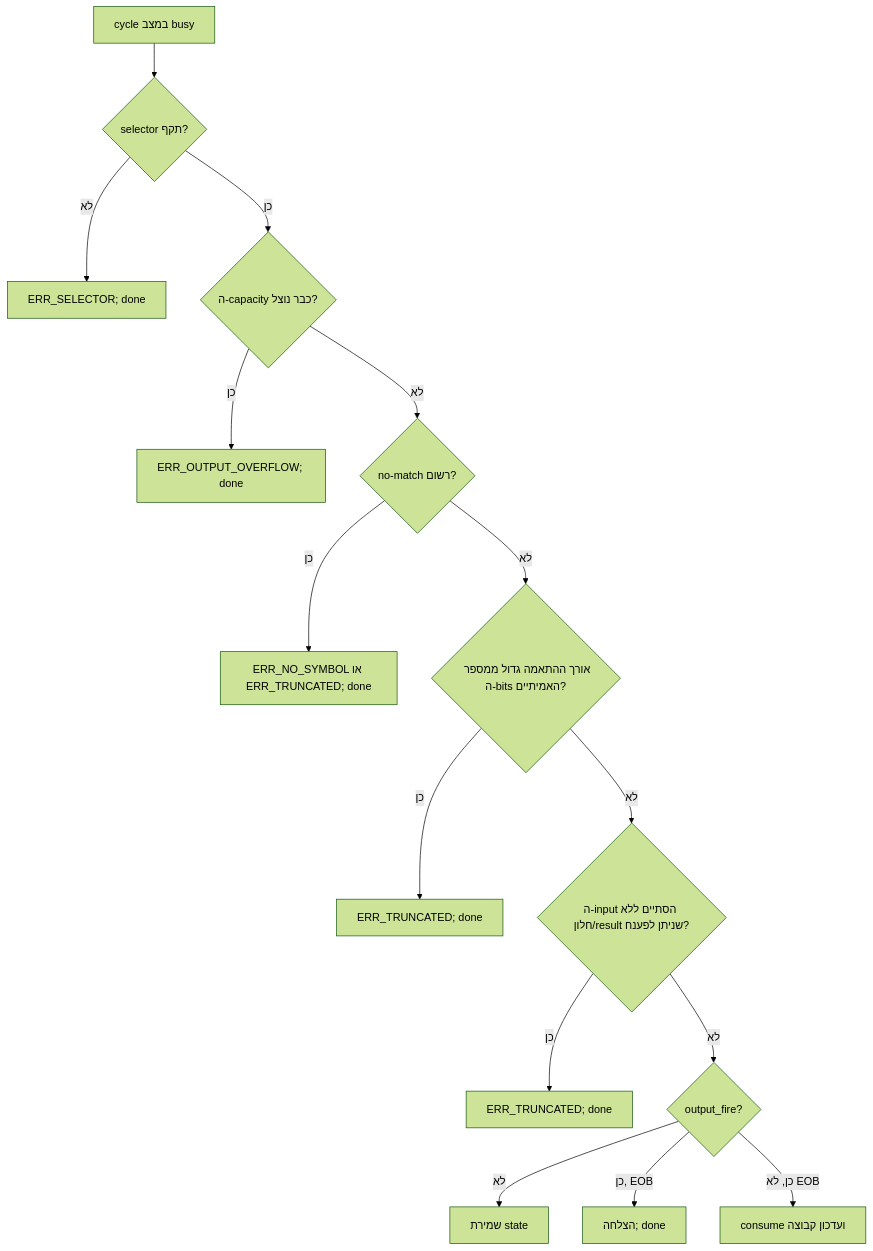
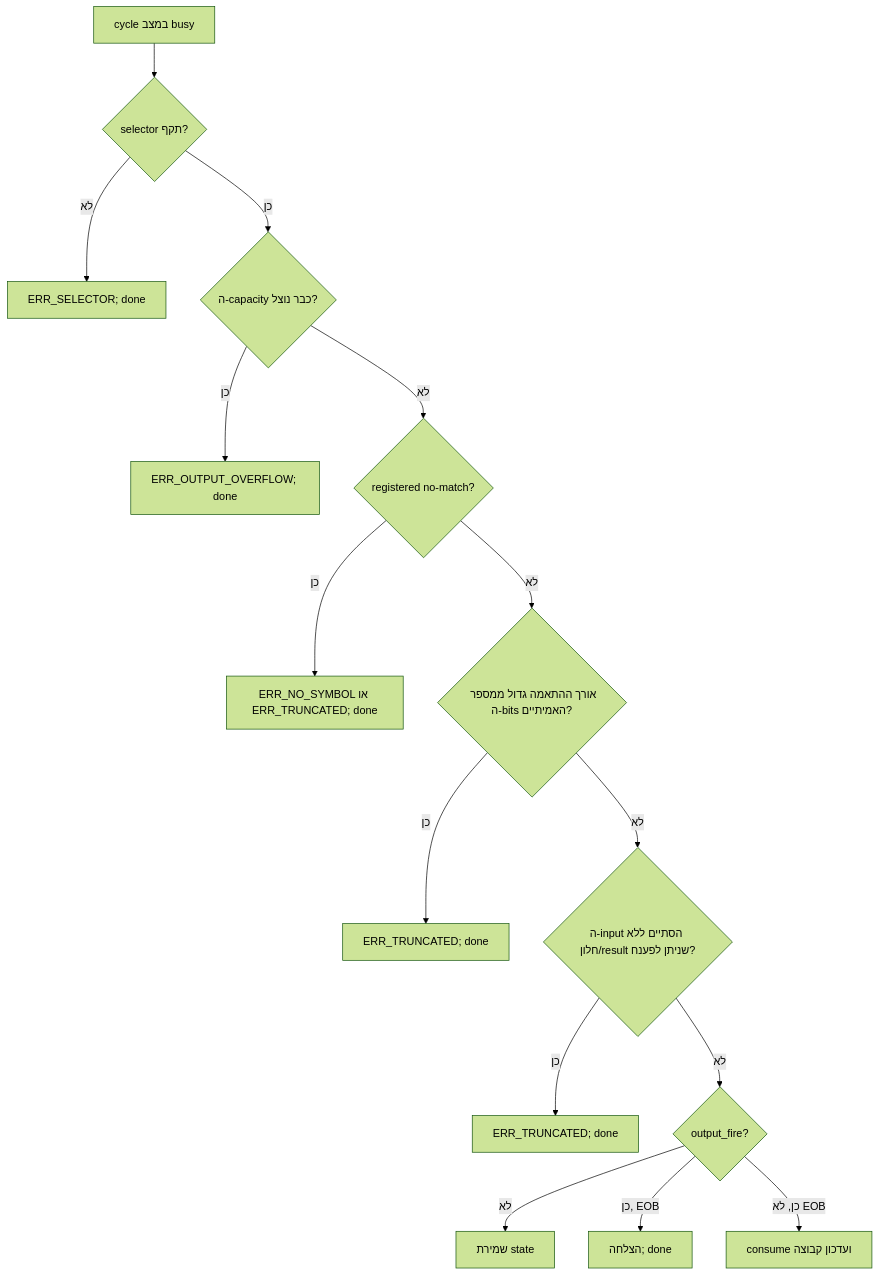
One commit to Tydox/Auxilary-Notes changed the tenth of 10 diagrams in report in hebrew/03_hardware_architecture.md. Above: the diagram before and after it, drawn with Mermaid (forest theme). The commit also changed other lines of this file and 5 other files, not shown here.

````diff
--- a/report in hebrew/03_hardware_architecture.md
+++ b/report in hebrew/03_hardware_architecture.md
@@ -471,17 +471,17 @@
 ```mermaid
 flowchart TD
     A["cycle במצב busy"] --> S{"selector תקף?"}
     S -->|לא| ES["ERR_SELECTOR; done"]
     S -->|כן| C{"ה-capacity כבר נוצל?"}
     C -->|כן| EC["ERR_OUTPUT_OVERFLOW; done"]
-    C -->|לא| F{"no-match רשום?"}
+    C -->|לא| F{"registered no-match?"}
     F -->|כן| EN["ERR_NO_SYMBOL או ERR_TRUNCATED; done"]
     F -->|לא| L{"אורך ההתאמה גדול ממספר ה-bits האמיתיים?"}
     L -->|כן| ET["ERR_TRUNCATED; done"]
     L -->|לא| X{"ה-input הסתיים ללא חלון/result שניתן לפענח?"}
     X -->|כן| ET2["ERR_TRUNCATED; done"]
     X -->|לא| O{"output_fire?"}
     O -->|לא| H["שמירת state"]
     O -->|כן, EOB| OK["הצלחה; done"]
     O -->|כן, לא EOB| U["consume ועדכון קבוצה"]
 ```
````
